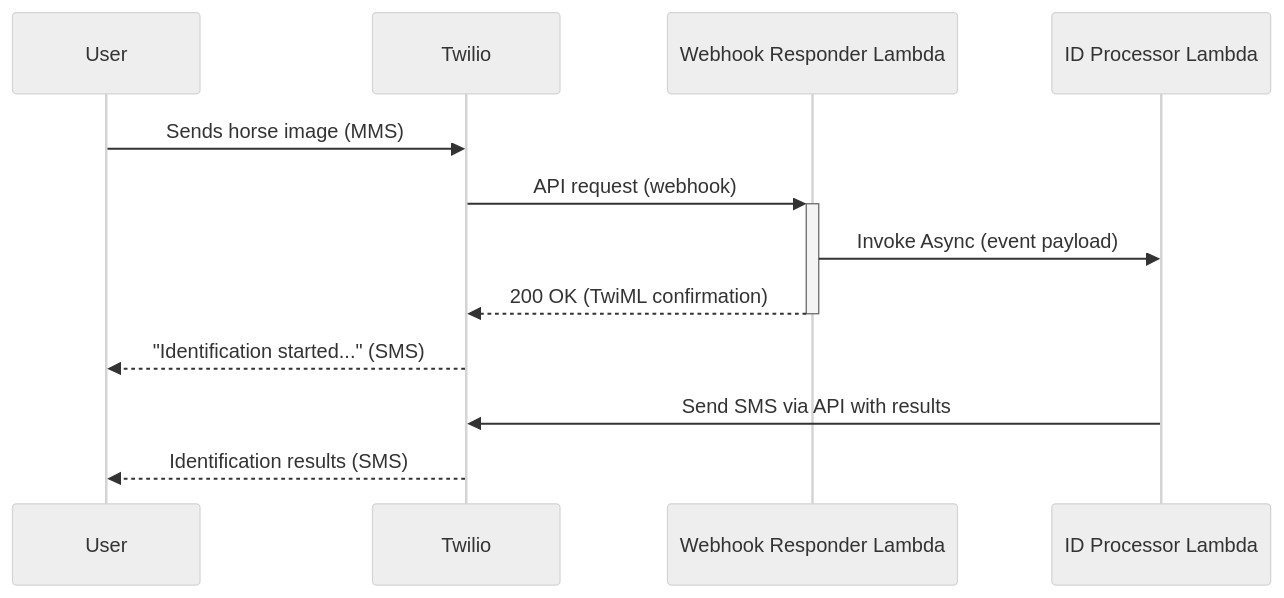
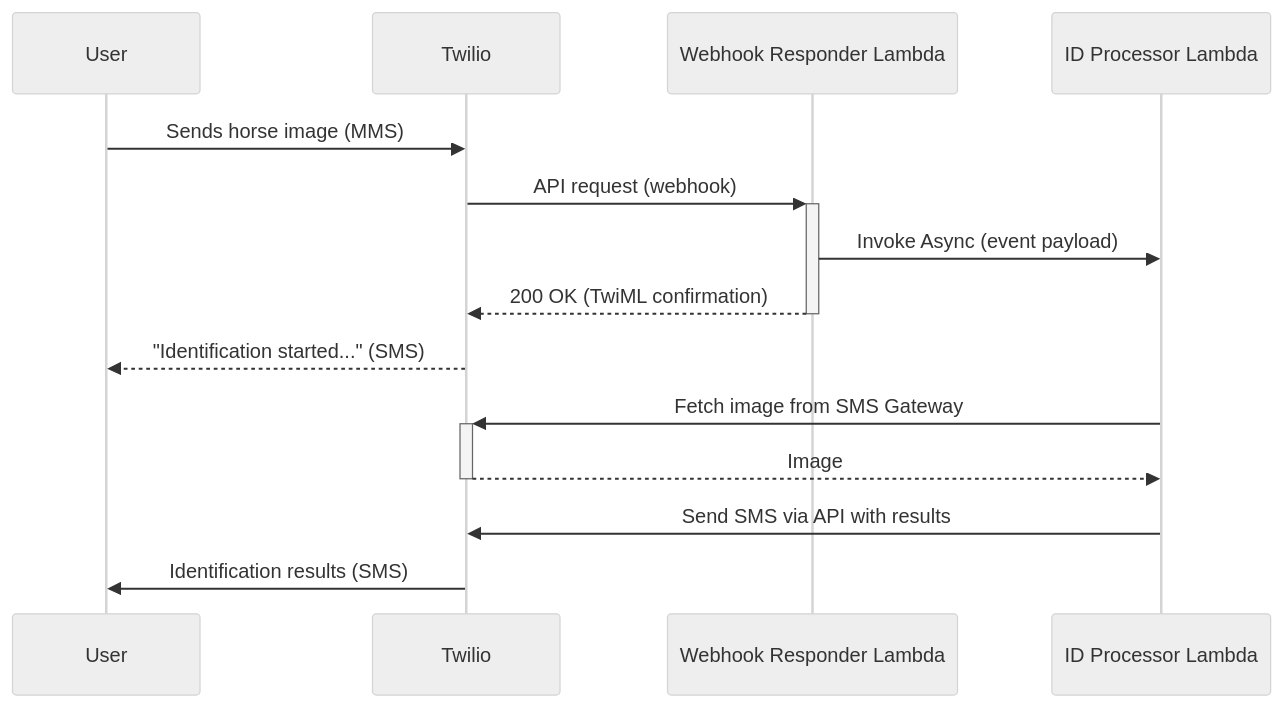
The first of 2 diagrams in README.md (dlleigh/horse-id), drawn with Mermaid (neutral theme) before and after one commit.

Commit message:
add image fetching to interaction flow in README

````diff
--- a/README.md
+++ b/README.md
@@ -191,15 +191,17 @@
 ```mermaid
 sequenceDiagram
     participant User
     participant Twilio
     participant Responder as Webhook Responder Lambda
     participant Processor as ID Processor Lambda
 
     User->>Twilio: Sends horse image (MMS)
     Twilio->>+Responder: API request (webhook)
     Responder->>Processor: Invoke Async (event payload)
     Responder-->>-Twilio: 200 OK (TwiML confirmation)
     Twilio-->>User: "Identification started..." (SMS)
+    Processor->>+Twilio: Fetch image from SMS Gateway
+    Twilio-->>-Processor: Image
     Processor->>Twilio: Send SMS via API with results
-    Twilio-->>User: Identification results (SMS)
+    Twilio->>User: Identification results (SMS)
 ```
````
